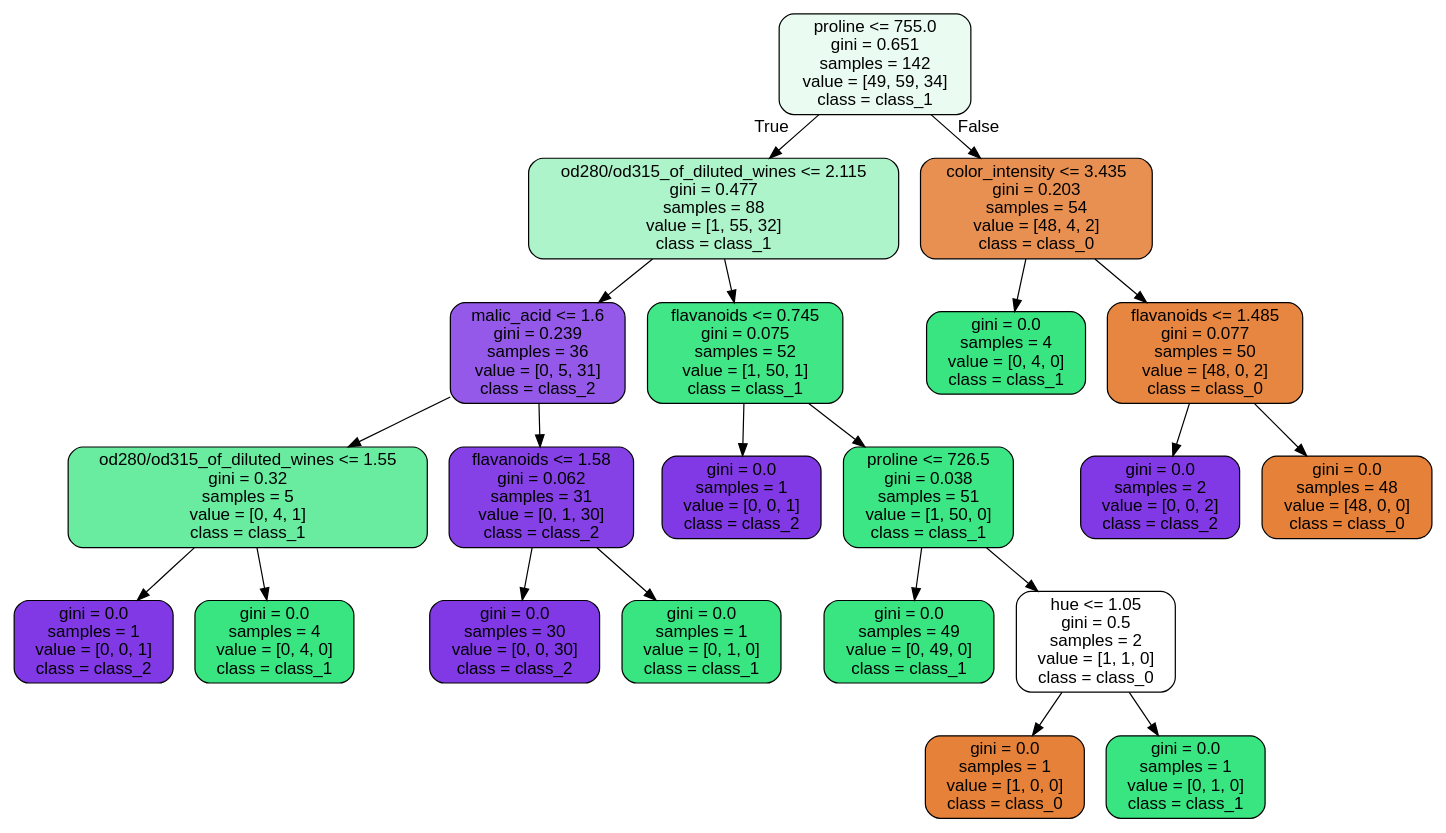
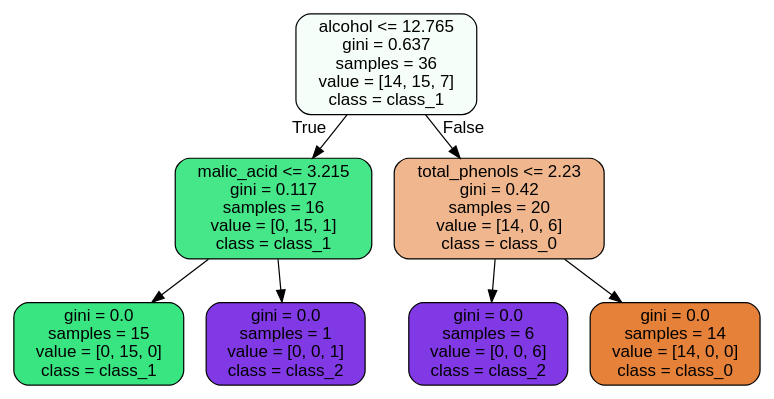
The diagram in images/decision_trees/wine_tree_test.dot (JoseDeJesusMendozaBecerril/Practica4_MineriaDeDatos), drawn with Graphviz before and after one commit. The commit also changed 10 other files, not shown here.

```diff
--- a/images/decision_trees/wine_tree_test.dot
+++ b/images/decision_trees/wine_tree_test.dot
@@ -1,45 +1,17 @@
 digraph Tree {
 node [shape=box, style="filled, rounded", color="black", fontname=helvetica] ;
 edge [fontname=helvetica] ;
-0 [label="proline <= 755.0\ngini = 0.651\nsamples = 142\nvalue = [49, 59, 34]\nclass = class_1", fillcolor="#eafcf1"] ;
-1 [label="od280/od315_of_diluted_wines <= 2.115\ngini = 0.477\nsamples = 88\nvalue = [1, 55, 32]\nclass = class_1", fillcolor="#aef4cb"] ;
+0 [label="alcohol <= 12.765\ngini = 0.637\nsamples = 36\nvalue = [14, 15, 7]\nclass = class_1", fillcolor="#f6fef9"] ;
+1 [label="malic_acid <= 3.215\ngini = 0.117\nsamples = 16\nvalue = [0, 15, 1]\nclass = class_1", fillcolor="#46e789"] ;
 0 -> 1 [labeldistance=2.5, labelangle=45, headlabel="True"] ;
-2 [label="malic_acid <= 1.6\ngini = 0.239\nsamples = 36\nvalue = [0, 5, 31]\nclass = class_2", fillcolor="#9559e9"] ;
+2 [label="gini = 0.0\nsamples = 15\nvalue = [0, 15, 0]\nclass = class_1", fillcolor="#39e581"] ;
 1 -> 2 ;
-3 [label="od280/od315_of_diluted_wines <= 1.55\ngini = 0.32\nsamples = 5\nvalue = [0, 4, 1]\nclass = class_1", fillcolor="#6aeca0"] ;
-2 -> 3 ;
-4 [label="gini = 0.0\nsamples = 1\nvalue = [0, 0, 1]\nclass = class_2", fillcolor="#8139e5"] ;
-3 -> 4 ;
-5 [label="gini = 0.0\nsamples = 4\nvalue = [0, 4, 0]\nclass = class_1", fillcolor="#39e581"] ;
-3 -> 5 ;
-6 [label="flavanoids <= 1.58\ngini = 0.062\nsamples = 31\nvalue = [0, 1, 30]\nclass = class_2", fillcolor="#8540e6"] ;
-2 -> 6 ;
-7 [label="gini = 0.0\nsamples = 30\nvalue = [0, 0, 30]\nclass = class_2", fillcolor="#8139e5"] ;
-6 -> 7 ;
-8 [label="gini = 0.0\nsamples = 1\nvalue = [0, 1, 0]\nclass = class_1", fillcolor="#39e581"] ;
-6 -> 8 ;
-9 [label="flavanoids <= 0.745\ngini = 0.075\nsamples = 52\nvalue = [1, 50, 1]\nclass = class_1", fillcolor="#41e686"] ;
-1 -> 9 ;
-10 [label="gini = 0.0\nsamples = 1\nvalue = [0, 0, 1]\nclass = class_2", fillcolor="#8139e5"] ;
-9 -> 10 ;
-11 [label="proline <= 726.5\ngini = 0.038\nsamples = 51\nvalue = [1, 50, 0]\nclass = class_1", fillcolor="#3de684"] ;
-9 -> 11 ;
-12 [label="gini = 0.0\nsamples = 49\nvalue = [0, 49, 0]\nclass = class_1", fillcolor="#39e581"] ;
-11 -> 12 ;
-13 [label="hue <= 1.05\ngini = 0.5\nsamples = 2\nvalue = [1, 1, 0]\nclass = class_0", fillcolor="#ffffff"] ;
-11 -> 13 ;
-14 [label="gini = 0.0\nsamples = 1\nvalue = [1, 0, 0]\nclass = class_0", fillcolor="#e58139"] ;
-13 -> 14 ;
-15 [label="gini = 0.0\nsamples = 1\nvalue = [0, 1, 0]\nclass = class_1", fillcolor="#39e581"] ;
-13 -> 15 ;
-16 [label="color_intensity <= 3.435\ngini = 0.203\nsamples = 54\nvalue = [48, 4, 2]\nclass = class_0", fillcolor="#e89051"] ;
-0 -> 16 [labeldistance=2.5, labelangle=-45, headlabel="False"] ;
-17 [label="gini = 0.0\nsamples = 4\nvalue = [0, 4, 0]\nclass = class_1", fillcolor="#39e581"] ;
-16 -> 17 ;
-18 [label="flavanoids <= 1.485\ngini = 0.077\nsamples = 50\nvalue = [48, 0, 2]\nclass = class_0", fillcolor="#e68641"] ;
-16 -> 18 ;
-19 [label="gini = 0.0\nsamples = 2\nvalue = [0, 0, 2]\nclass = class_2", fillcolor="#8139e5"] ;
-18 -> 19 ;
-20 [label="gini = 0.0\nsamples = 48\nvalue = [48, 0, 0]\nclass = class_0", fillcolor="#e58139"] ;
-18 -> 20 ;
+3 [label="gini = 0.0\nsamples = 1\nvalue = [0, 0, 1]\nclass = class_2", fillcolor="#8139e5"] ;
+1 -> 3 ;
+4 [label="total_phenols <= 2.23\ngini = 0.42\nsamples = 20\nvalue = [14, 0, 6]\nclass = class_0", fillcolor="#f0b78e"] ;
+0 -> 4 [labeldistance=2.5, labelangle=-45, headlabel="False"] ;
+5 [label="gini = 0.0\nsamples = 6\nvalue = [0, 0, 6]\nclass = class_2", fillcolor="#8139e5"] ;
+4 -> 5 ;
+6 [label="gini = 0.0\nsamples = 14\nvalue = [14, 0, 0]\nclass = class_0", fillcolor="#e58139"] ;
+4 -> 6 ;
 }
```
